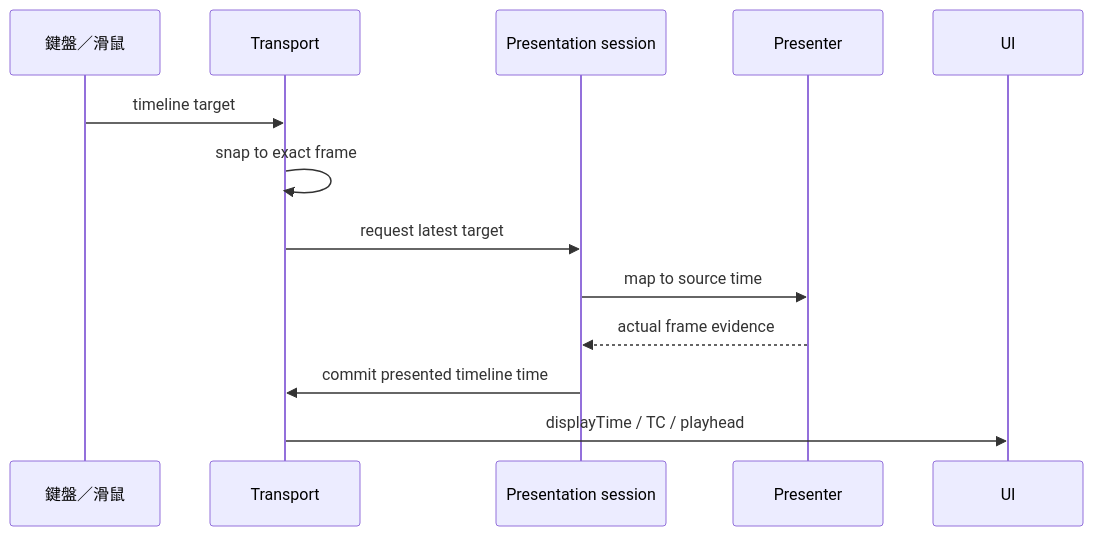
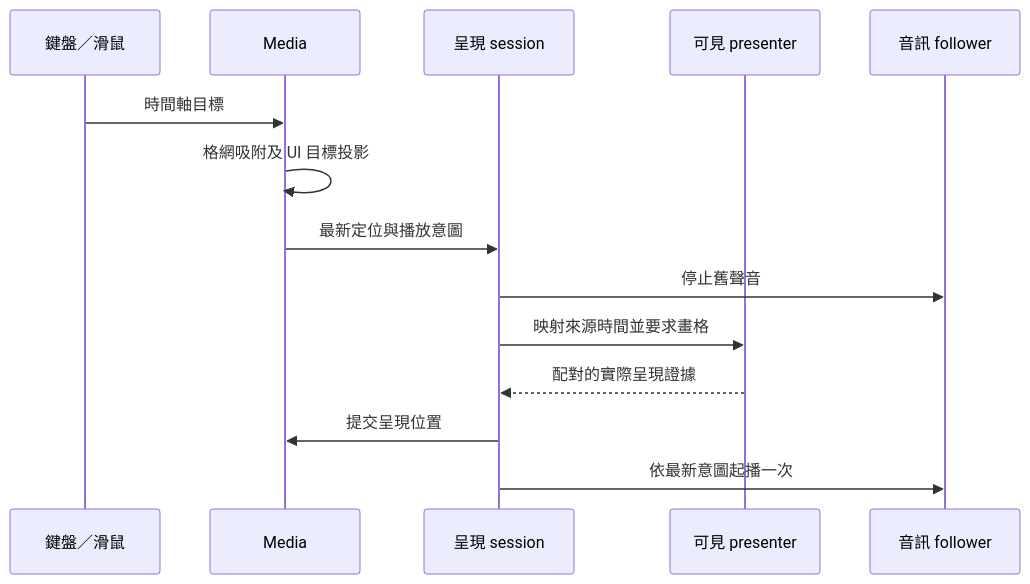
The diagram in docs/FPS_時碼一致性.md (evanwayc-star/SUB_Tool), drawn with Mermaid before and after one commit. The commit also changed other lines of this file and 64 other files, not shown here.

````diff
--- a/docs/FPS_時碼一致性.md
+++ b/docs/FPS_時碼一致性.md
@@ -127,15 +146,16 @@
 ```mermaid
 sequenceDiagram
-  participant K as 鍵盤／滑鼠
-  participant T as Transport
-  participant S as Presentation session
-  participant P as Presenter
-  participant U as UI
-  K->>T: timeline target
-  T->>T: snap to exact frame
-  T->>S: request latest target
-  S->>P: map to source time
-  P-->>S: actual frame evidence
-  S->>T: commit presented timeline time
-  T->>U: displayTime / TC / playhead
+  participant I as 鍵盤／滑鼠
+  participant M as Media
+  participant S as 呈現 session
+  participant P as 可見 presenter
+  participant A as 音訊 follower
+  I->>M: 時間軸目標
+  M->>M: 格網吸附及 UI 目標投影
+  M->>S: 最新定位與播放意圖
+  S->>A: 停止舊聲音
+  S->>P: 映射來源時間並要求畫格
+  P-->>S: 配對的實際呈現證據
+  S->>M: 提交呈現位置
+  S->>A: 依最新意圖起播一次
 ```
````
